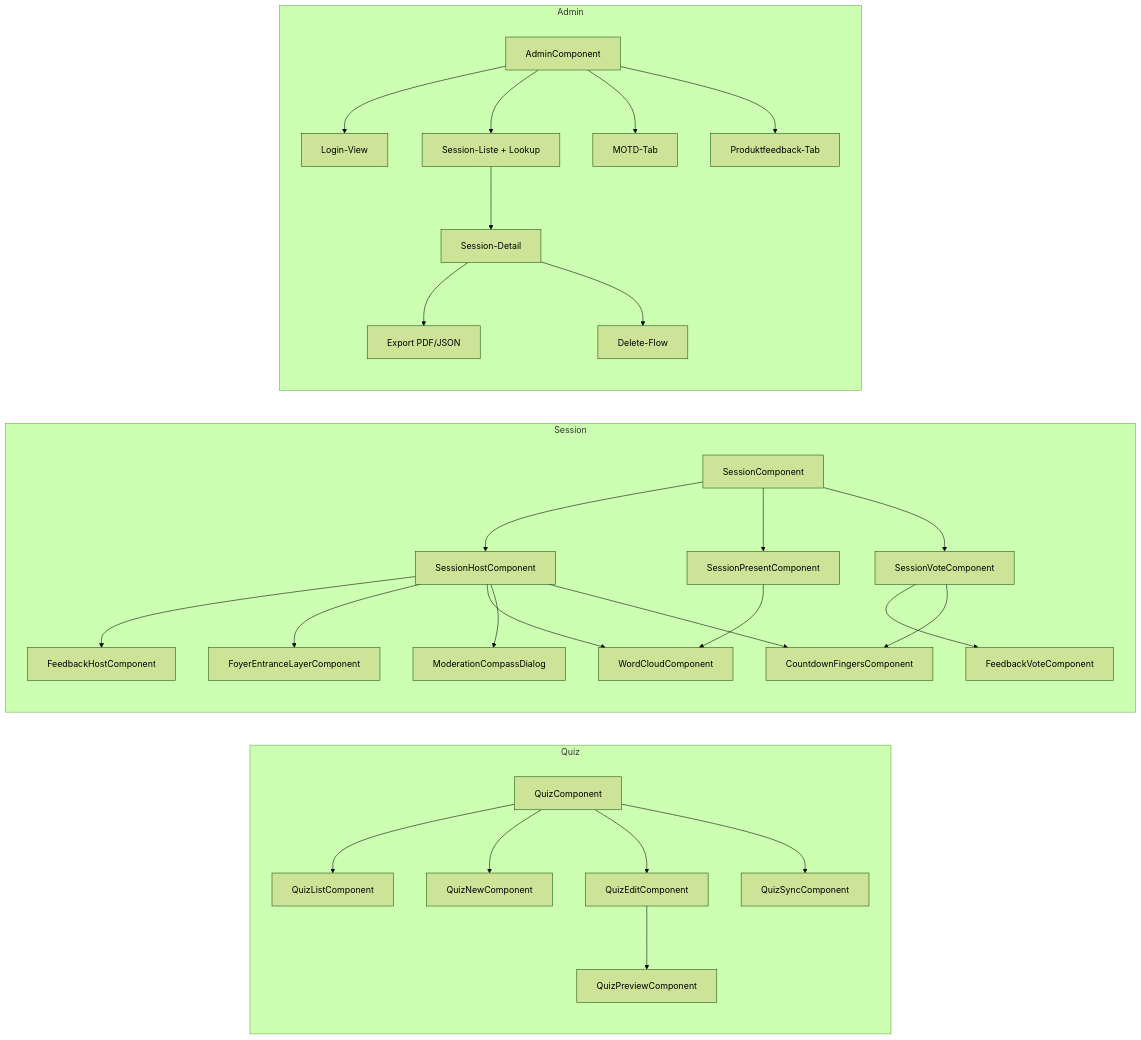
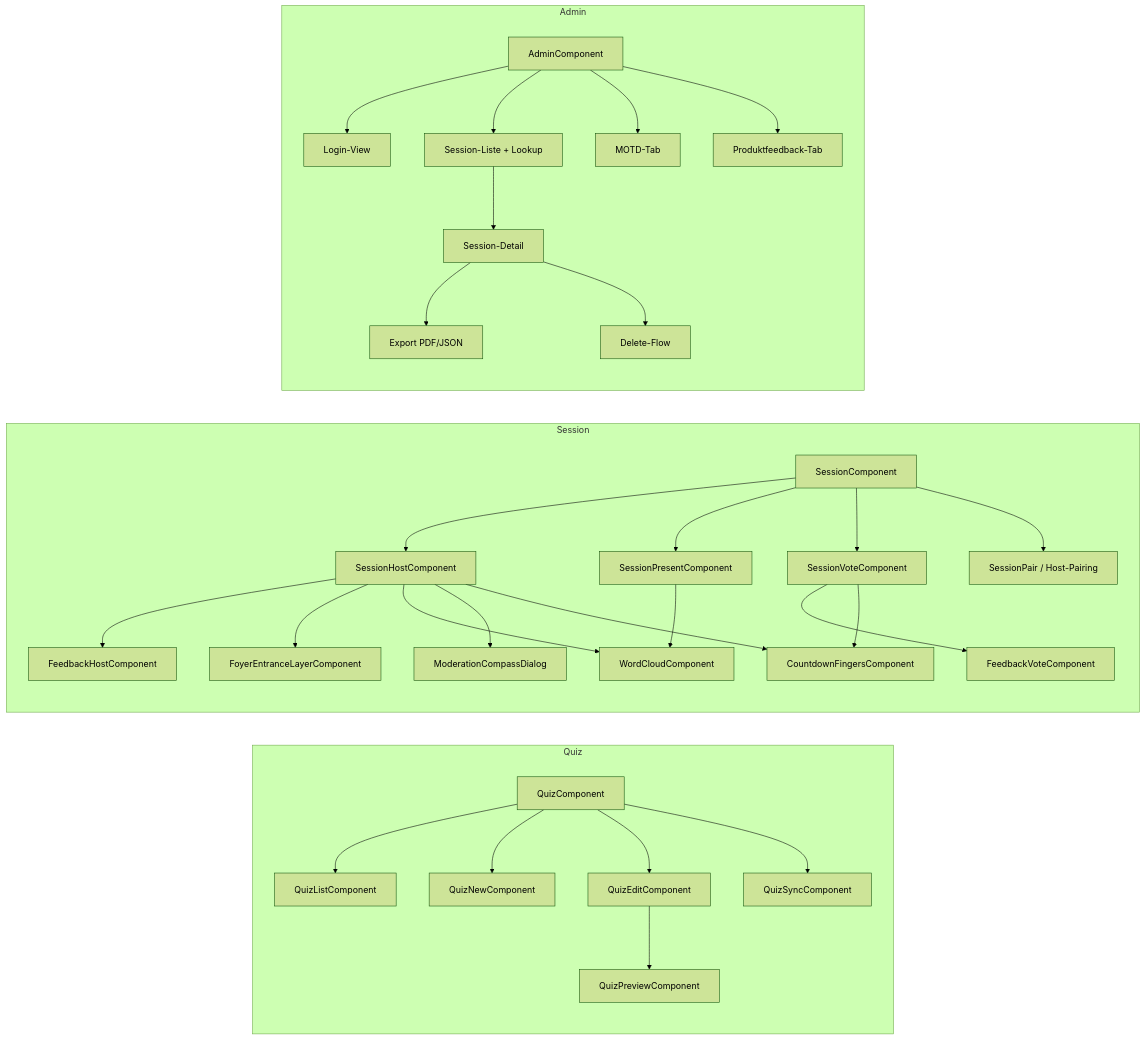
The seventh of 15 diagrams in docs/diagrams/architecture-overview.md (kqc-real/arsnova.eu), drawn with Mermaid (forest theme) before and after one commit. The commit also changed other lines of this file and 31 other files, not shown here.

````diff
--- a/docs/diagrams/architecture-overview.md
+++ b/docs/diagrams/architecture-overview.md
@@ -328,59 +335,61 @@
 ```mermaid
 %%{init: {'flowchart': {'curve': 'basis', 'nodeSpacing': 60, 'rankSpacing': 90, 'padding': 18}}}%%
 graph LR
     subgraph "Quiz"
         QSHELL[QuizComponent]
         QLIST[QuizListComponent]
         QNEW[QuizNewComponent]
         QEDIT[QuizEditComponent]
         PREVIEW[QuizPreviewComponent]
         QSYNC[QuizSyncComponent]
         QSHELL --> QLIST
         QSHELL --> QNEW
         QSHELL --> QEDIT
         QEDIT --> PREVIEW
         QSHELL --> QSYNC
     end
 
     subgraph "Session"
         SROOT[SessionComponent]
         SHOST[SessionHostComponent]
         SPRESENT[SessionPresentComponent]
         SVOTE[SessionVoteComponent]
+        SPAIR[SessionPair / Host-Pairing]
         FBHOST[FeedbackHostComponent]
         FBVOTE[FeedbackVoteComponent]
         WCLOUD[WordCloudComponent]
         COMPASS[ModerationCompassDialog]
         FOYER[FoyerEntranceLayerComponent]
         COUNTDOWN[CountdownFingersComponent]
         SROOT --> SHOST
         SROOT --> SPRESENT
         SROOT --> SVOTE
+        SROOT --> SPAIR
         SHOST --> FBHOST
         SVOTE --> FBVOTE
         SHOST --> FOYER
         SHOST --> WCLOUD
         SHOST --> COMPASS
         SPRESENT --> WCLOUD
         SHOST --> COUNTDOWN
         SVOTE --> COUNTDOWN
     end
 
     subgraph "Admin"
         AROOT[AdminComponent]
         ALOGIN[Login-View]
         ALIST[Session-Liste + Lookup]
         ADETAIL[Session-Detail]
         AEXPORT[Export PDF/JSON]
         ADELETE[Delete-Flow]
         AMOTD[MOTD-Tab]
         APF[Produktfeedback-Tab]
         AROOT --> ALOGIN
         AROOT --> ALIST
         ALIST --> ADETAIL
         ADETAIL --> AEXPORT
         ADETAIL --> ADELETE
         AROOT --> AMOTD
         AROOT --> APF
     end
 ```
````
